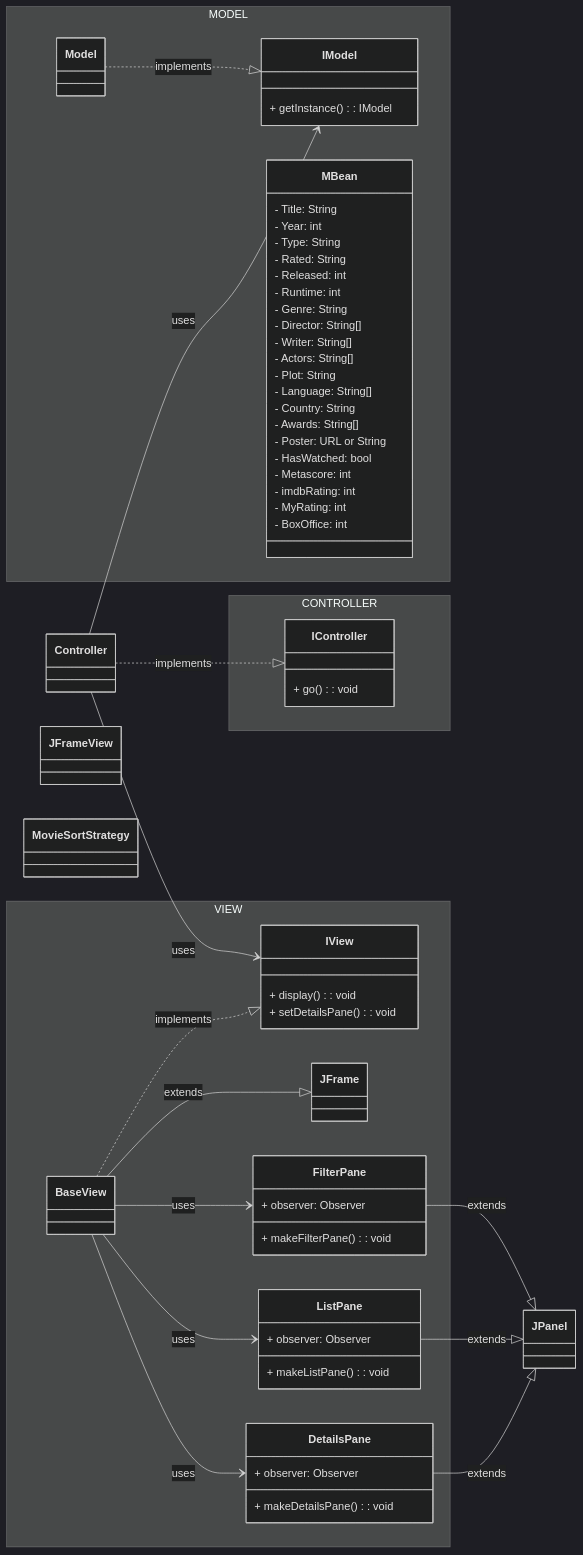
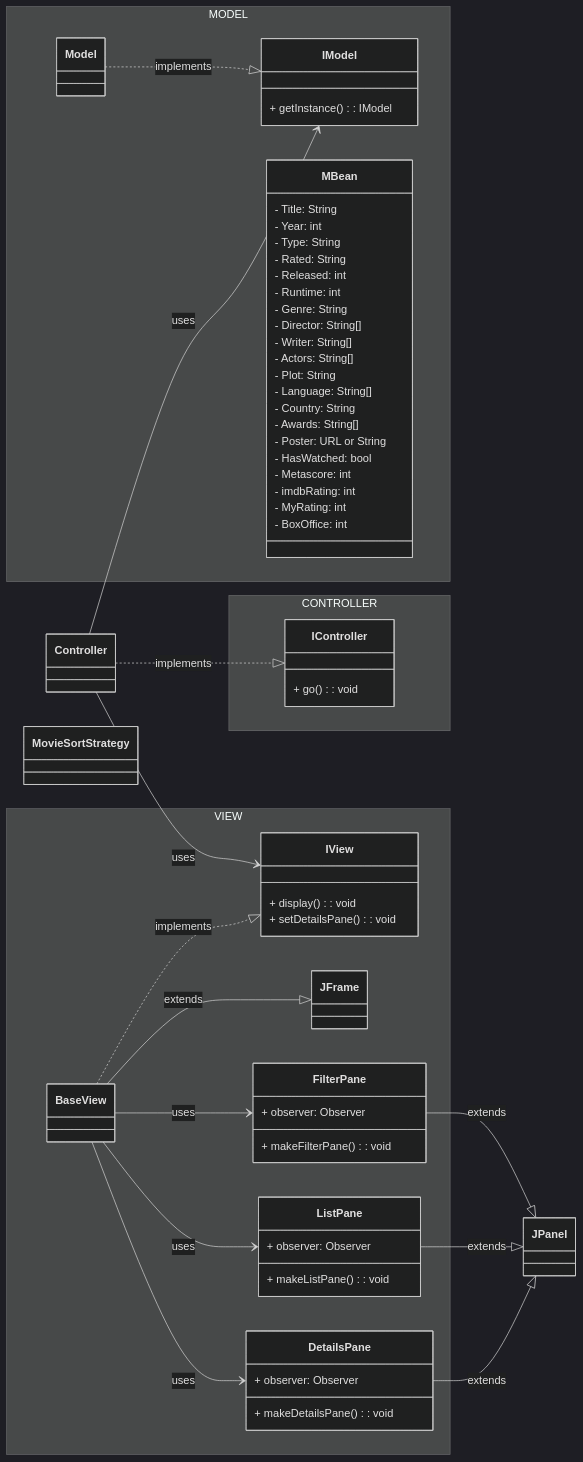
The diagram in DesignDocuments/InitialDesign.md (jackeinbinder01/Movie-List-Manager), drawn with Mermaid (dark theme) before and after one commit. The commit also changed 24 other files, not shown here.

```diff
--- a/DesignDocuments/InitialDesign.md
+++ b/DesignDocuments/InitialDesign.md
@@ -78,9 +78,6 @@
         
     }
     
-    class JFrameView {
-        
-    }
     
     class MBean {
         - Title: String
```
